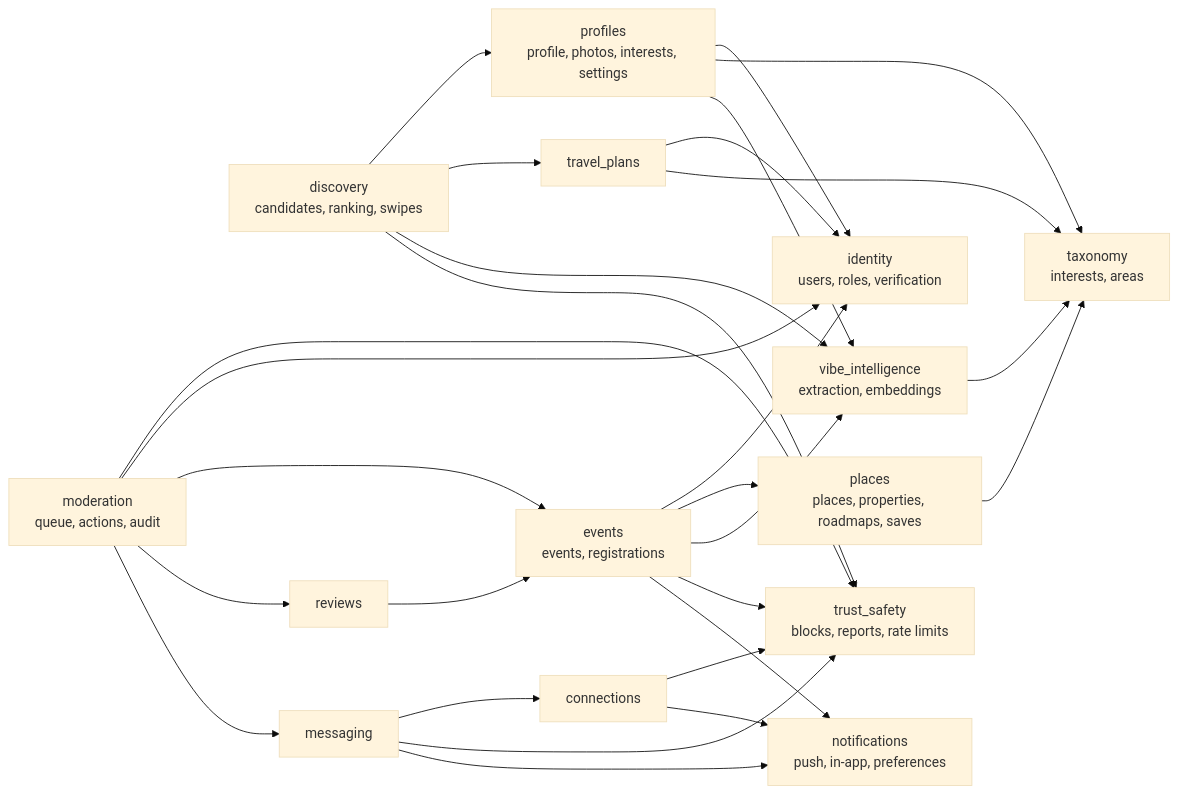
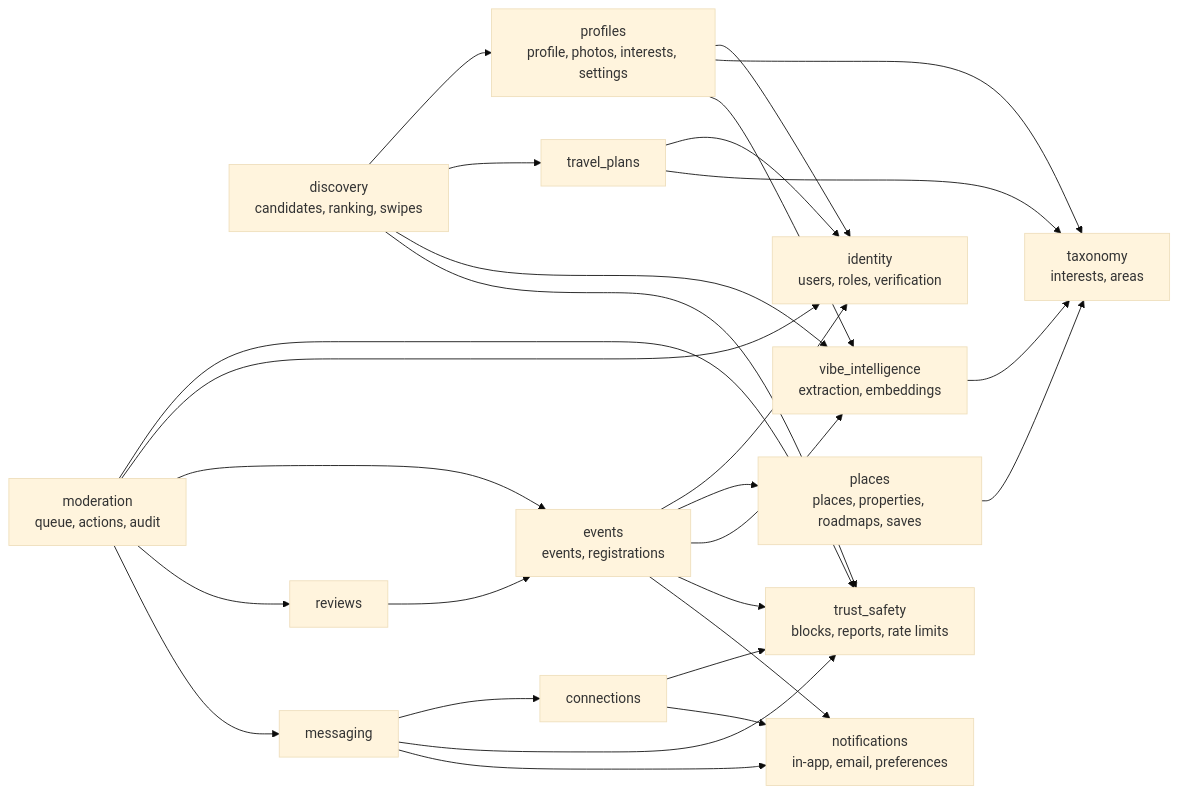
One commit to Vanshika-mahajan/VIBERSCLUB changed the second of 3 diagrams in docs/SYSTEM_ARCHITECTURE.md. Above: the diagram before and after it, drawn with Mermaid (base theme). The commit also changed other lines of this file and 18 other files, not shown here.

````diff
--- a/docs/SYSTEM_ARCHITECTURE.md
+++ b/docs/SYSTEM_ARCHITECTURE.md
@@ -110,45 +111,45 @@
 ```mermaid
 flowchart LR
     identity["identity<br/>users, roles, verification"]
     profiles["profiles<br/>profile, photos, interests, settings"]
     travel["travel_plans"]
     taxonomy["taxonomy<br/>interests, areas"]
     vibe["vibe_intelligence<br/>extraction, embeddings"]
     discovery["discovery<br/>candidates, ranking, swipes"]
     connections["connections"]
     messaging["messaging"]
     events["events<br/>events, registrations"]
     places["places<br/>places, properties, roadmaps, saves"]
     reviews["reviews"]
-    notifications["notifications<br/>push, in-app, preferences"]
+    notifications["notifications<br/>in-app, email, preferences"]
     safety["trust_safety<br/>blocks, reports, rate limits"]
     moderation["moderation<br/>queue, actions, audit"]
 
     profiles --> identity
     profiles --> taxonomy
     profiles --> vibe
     travel --> identity
     travel --> taxonomy
     vibe --> taxonomy
     discovery --> profiles
     discovery --> travel
     discovery --> vibe
     discovery --> safety
     connections --> safety
     connections --> notifications
     messaging --> connections
     messaging --> safety
     messaging --> notifications
     events --> identity
     events --> places
     events --> vibe
     events --> safety
     events --> notifications
     places --> taxonomy
     reviews --> events
     moderation --> safety
     moderation --> identity
     moderation --> events
     moderation --> reviews
     moderation --> messaging
 ```
````
